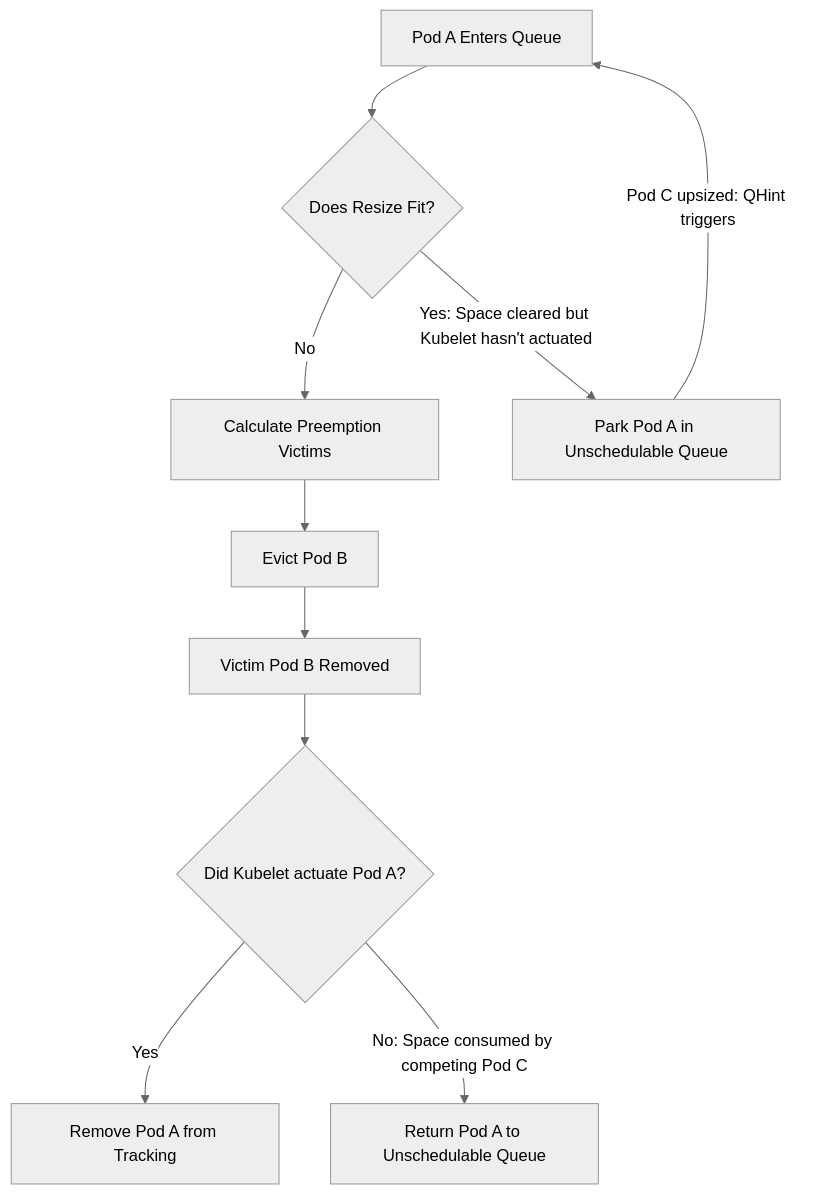
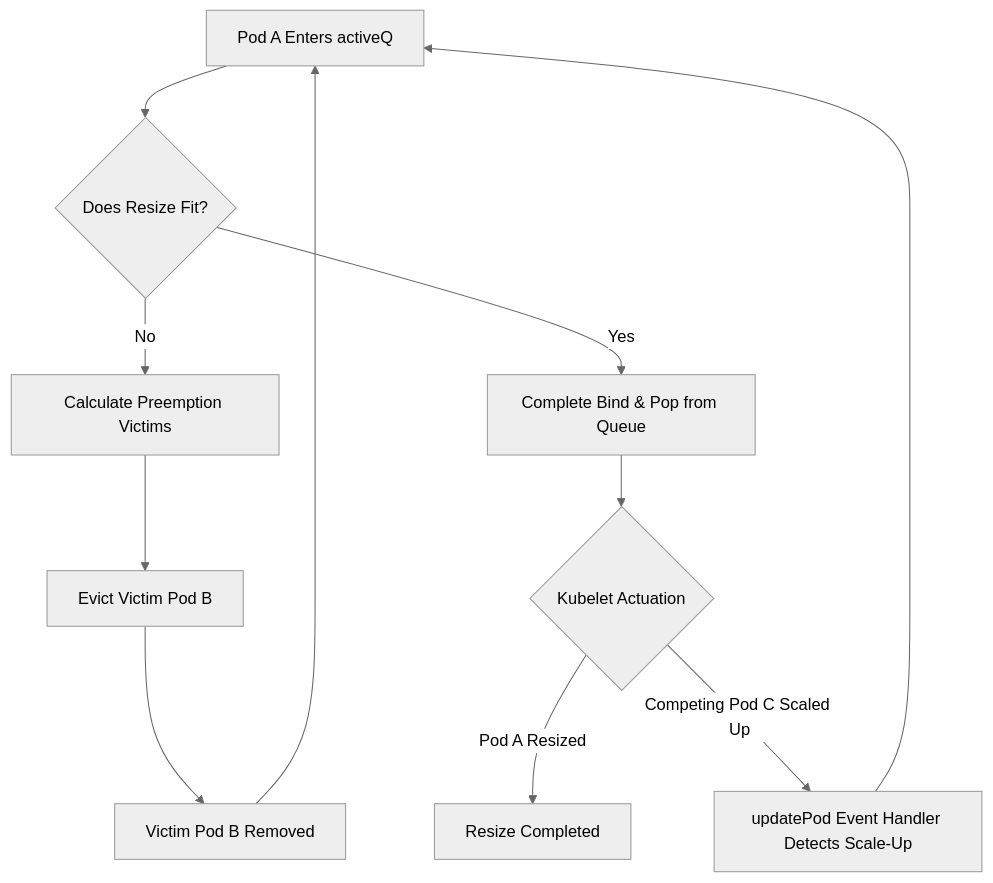
The diagram in keps/sig-scheduling/5836-scheduler-preemption-for-ippr/README.md (kubernetes/enhancements), drawn with Mermaid (neutral theme) before and after one commit. The commit also changed other lines of this file and 1 other file, not shown here.

Commit message:
allow pods that fit to proceed through the bind phase

````diff
--- a/keps/sig-scheduling/5836-scheduler-preemption-for-ippr/README.md
+++ b/keps/sig-scheduling/5836-scheduler-preemption-for-ippr/README.md
@@ -664,14 +689,14 @@
 ```mermaid
 graph TD
-    A[Pod A Enters Queue] --> B{Does Resize Fit?}
+    A[Pod A Enters activeQ] --> B{Does Resize Fit?}
     B -- No --> C[Calculate Preemption Victims]
-    C --> D[Evict Pod B]
+    C --> D[Evict Victim Pod B]
     D --> E[Victim Pod B Removed]
+    E --> A
     
-    E --> F{Did Kubelet actuate Pod A?}
-    F -- Yes --> G[Remove Pod A from Tracking]
-    F -- No: Space consumed by competing Pod C --> H[Return Pod A to Unschedulable Queue]
-    
-    B -- Yes: Space cleared but Kubelet hasn't actuated --> I[Park Pod A in Unschedulable Queue]
-    I -- Pod C upsized: QHint triggers --> A
+    B -- Yes --> F[Complete Bind & Pop from Queue]
+    F --> G{Kubelet Actuation}
+    G -- Pod A Resized --> H[Resize Completed]
+    G -- Competing Pod C Scaled Up --> I[updatePod Event Handler Detects Scale-Up]
+    I --> A
 ```
````
